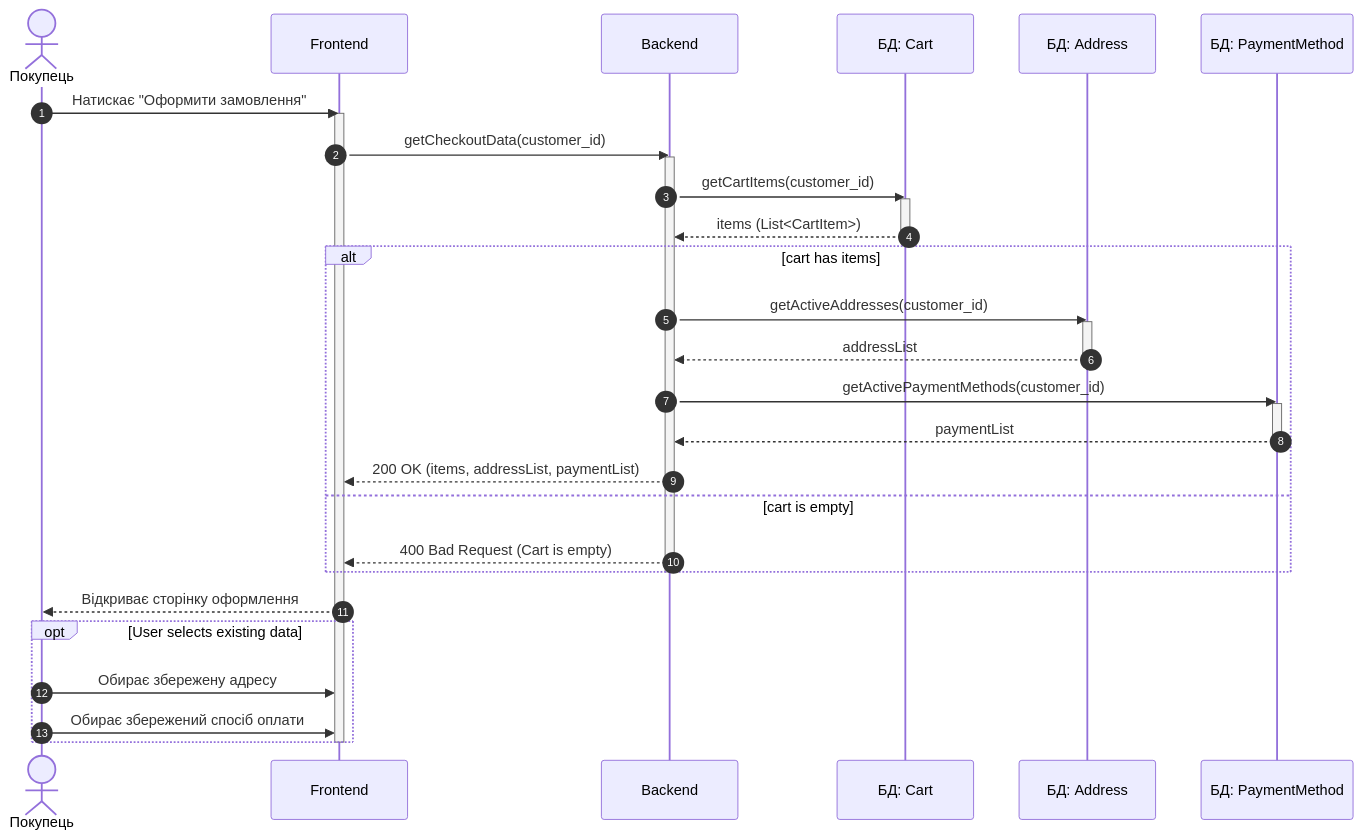
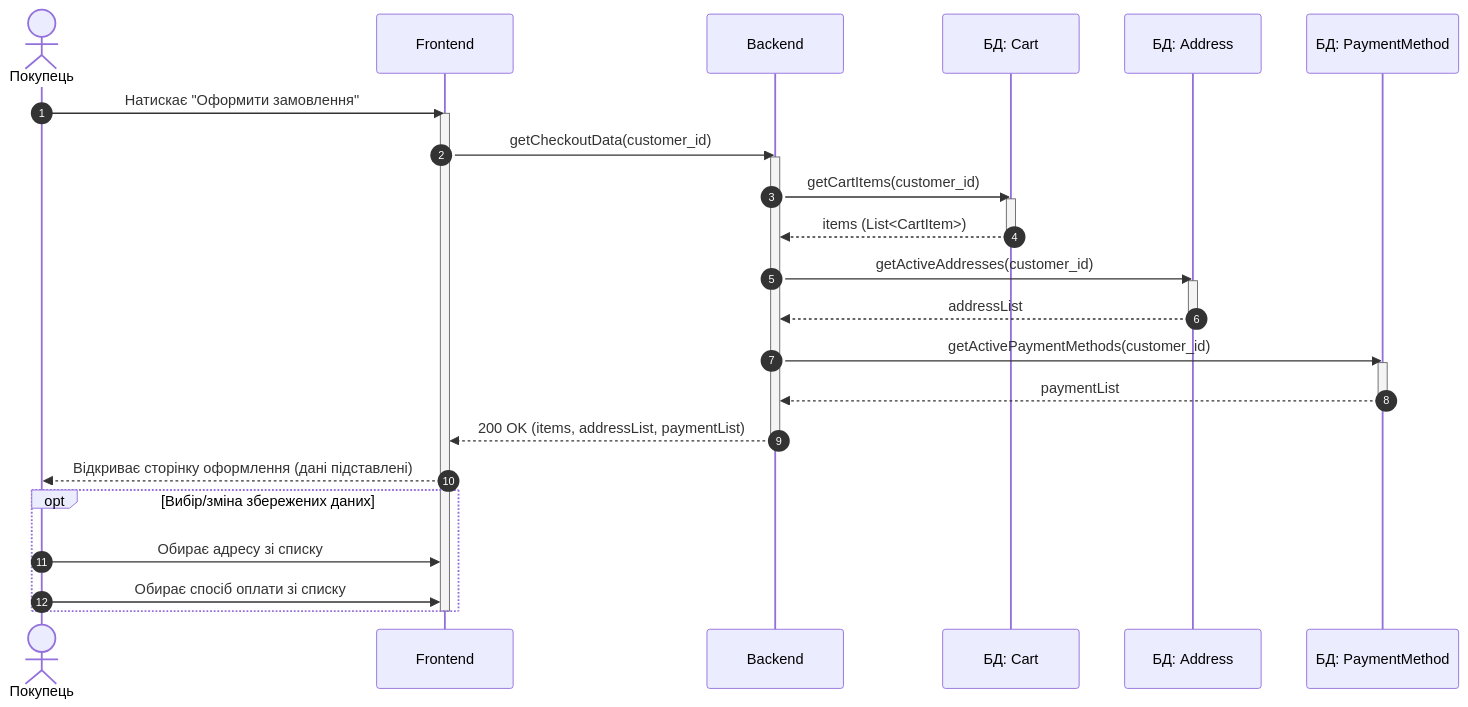
One commit to Haina-me/mavpz changed the diagram in docs/sequence_diagram.mmd. Above: the diagram before and after it, drawn with Mermaid.

Commit message:
refactor: update sequence diagram for order placement by removing unnecessary conditional alt

```diff
--- a/docs/sequence_diagram.mmd
+++ b/docs/sequence_diagram.mmd
@@ -1,46 +1,42 @@
-%%Відкриття сторінки оформлення та вибір даних
+%%Відкриття сторінки оформлення та вибір даних КП1
 
 sequenceDiagram
     autonumber
     actor User as Покупець
     participant Frontend
     participant Backend
     participant Cart as БД: Cart
     participant Address as БД: Address
     participant PaymentMethod as БД: PaymentMethod
 
     User ->> Frontend: Натискає "Оформити замовлення"
     activate Frontend
     
     Frontend ->> Backend: getCheckoutData(customer_id)
     activate Backend
     
     Backend ->> Cart: getCartItems(customer_id)
     activate Cart
     Cart -->> Backend: items (List<CartItem>)
     deactivate Cart
     
-    alt cart has items
-        Backend ->> Address: getActiveAddresses(customer_id)
-        activate Address
-        Address -->> Backend: addressList
-        deactivate Address
-        
-        Backend ->> PaymentMethod: getActivePaymentMethods(customer_id)
-        activate PaymentMethod
-        PaymentMethod -->> Backend: paymentList
-        deactivate PaymentMethod
-        
-        Backend -->> Frontend: 200 OK (items, addressList, paymentList)
-    else cart is empty
-        Backend -->> Frontend: 400 Bad Request (Cart is empty)
-    end
+    Backend ->> Address: getActiveAddresses(customer_id)
+    activate Address
+    Address -->> Backend: addressList
+    deactivate Address
+    
+    Backend ->> PaymentMethod: getActivePaymentMethods(customer_id)
+    activate PaymentMethod
+    PaymentMethod -->> Backend: paymentList
+    deactivate PaymentMethod
+    
+    Backend -->> Frontend: 200 OK (items, addressList, paymentList)
     deactivate Backend
-
-    Frontend -->> User: Відкриває сторінку оформлення
-
-    opt User selects existing data
-        User ->> Frontend: Обирає збережену адресу
-        User ->> Frontend: Обирає збережений спосіб оплати
+    
+    Frontend -->> User: Відкриває сторінку оформлення (дані підставлені)
+    
+    opt Вибір/зміна збережених даних
+        User ->> Frontend: Обирає адресу зі списку
+        User ->> Frontend: Обирає спосіб оплати зі списку
     end
     deactivate Frontend
```
